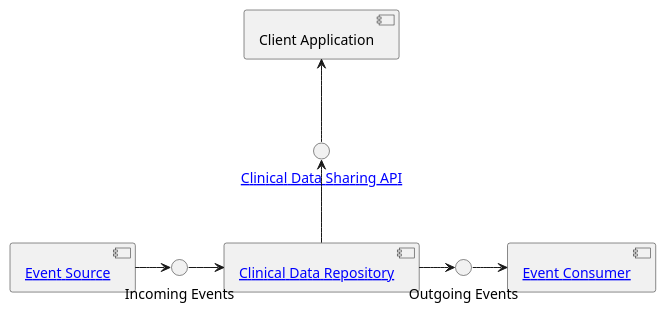
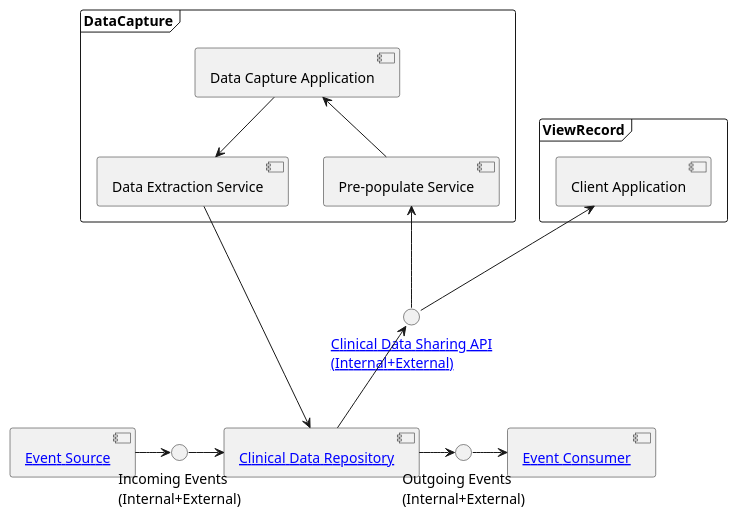
The diagram in input/images-source/component-clinical-data-repository.plantuml (Virtually-Healthcare/virtually-healthcare.github.com), drawn with PlantUML before and after one commit.

Commit message:
Refactored basic CDR diagram

```diff
--- a/input/images-source/component-clinical-data-repository.plantuml
+++ b/input/images-source/component-clinical-data-repository.plantuml
@@ -1,30 +1,46 @@
 @startuml
 
-component ClientApplication as "Client Application"
+frame ViewRecord {
+  component ClientApplication as "Client Application"
+}
 
-interface facade as "[[CapabilityStatement-VH-ClinicalDataRepository.html Clinical Data Sharing API]]"
+interface facade as "[[CapabilityStatement-VH-ClinicalDataRepository.html Clinical Data Sharing API\n(Internal+External)]]"
 
 component "[[ActorDefinition-ClinicalDataRepository.html Clinical Data Repository]]" as CDR
 
 component "[[ActorDefinition-EventSource.html Event Source]]" as EventSource
 
-interface "Incoming Events" as EventServiceIn
+frame DataCapture {
+  component "Data Capture Application" as sdc
+
+  component "Data Extraction Service" as sdcExtract
+  component "Pre-populate Service" as sdcPrePopulate
+}
+
+interface "Incoming Events\n(Internal+External)" as EventServiceIn
 
 component "[[ActorDefinition-EventConsumer.html Event Consumer]]" as EventConsumer
 
-interface "Outgoing Events" as EventServiceOut
+interface "Outgoing Events\n(Internal+External)" as EventServiceOut
 
 CDR -u-> facade
 
 facade -u-> ClientApplication
 
 EventSource -r-> EventServiceIn
 EventServiceIn -r-> CDR
 
 CDR -r-> EventServiceOut
 EventServiceOut -r-> EventConsumer
 
+sdc <-d- sdcPrePopulate
+sdcPrePopulate <-d- facade
+
+sdc -d-> sdcExtract
+sdcExtract -d-> CDR
+
+
 
 
 
 @enduml
```
